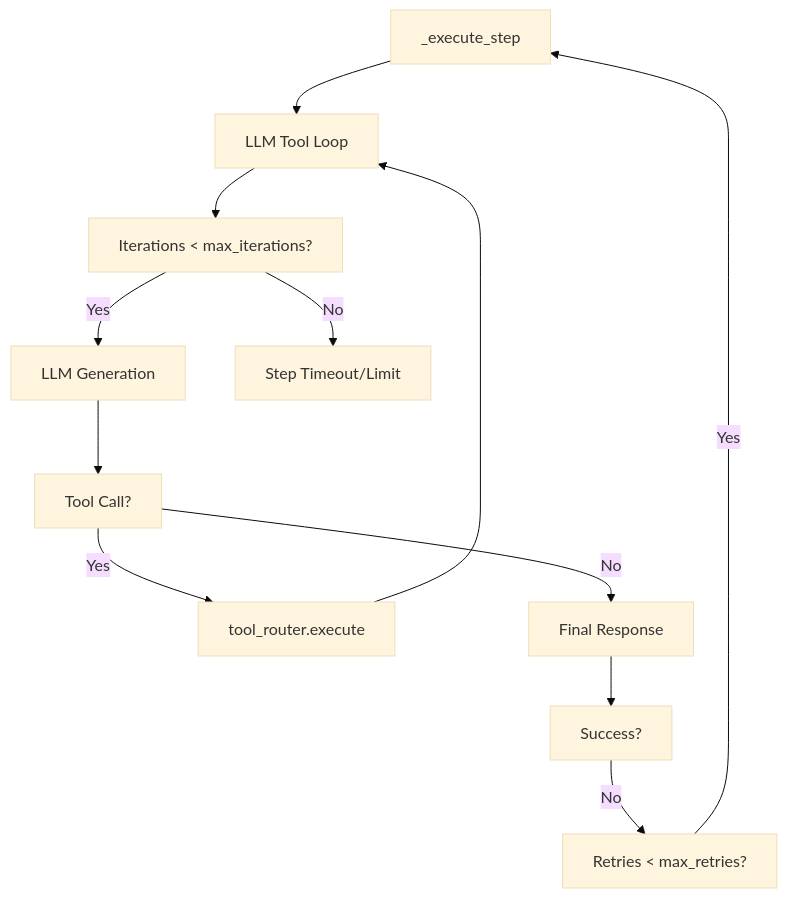
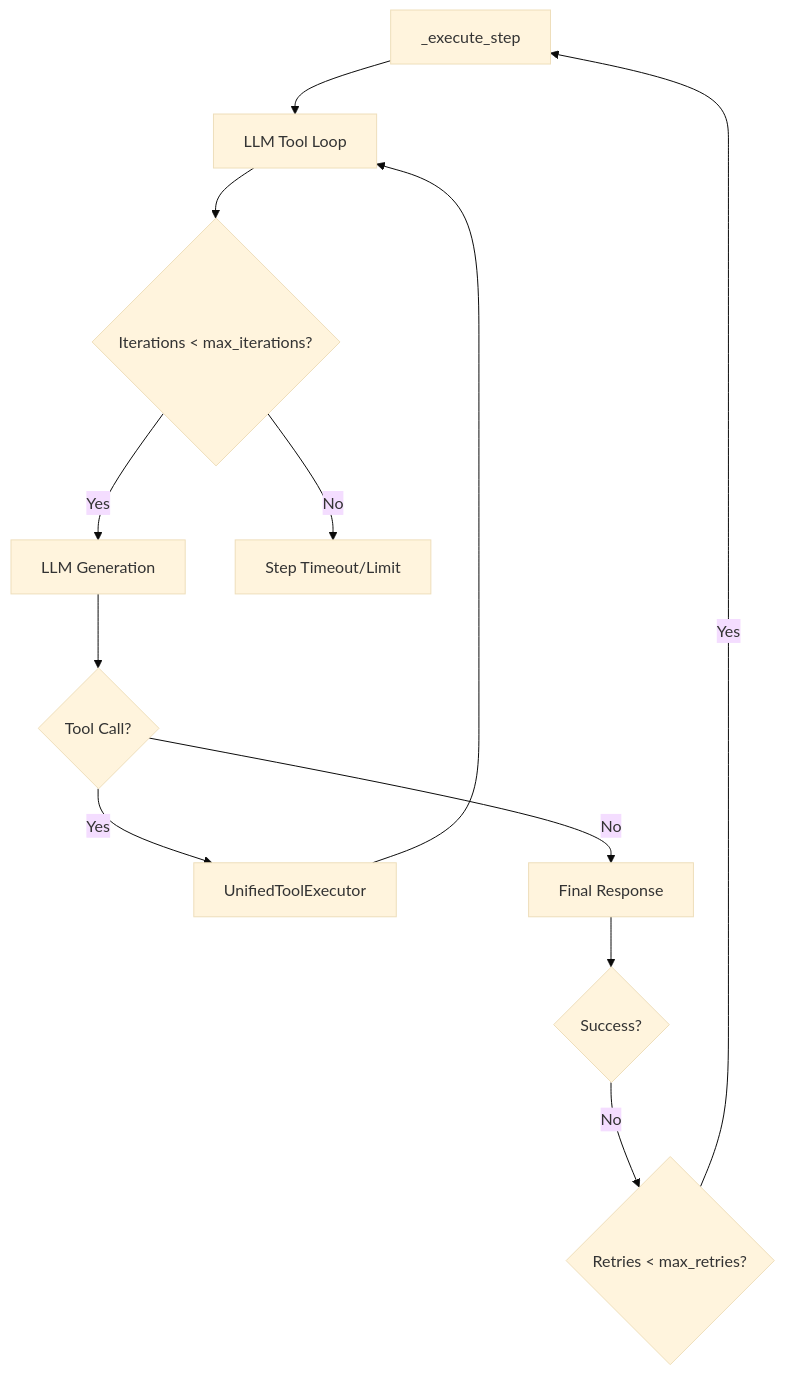
One commit to AutomatosAI/automatos-ai changed the third of 5 diagrams in docs/workflows-recipes/execution-configuration.md. Above: the diagram before and after it, drawn with Mermaid (base theme). The commit also changed other lines of this file and 153 other files, not shown here.

````diff
--- a/docs/workflows-recipes/execution-configuration.md
+++ b/docs/workflows-recipes/execution-configuration.md
@@ -123,16 +105,16 @@
 ```mermaid
 graph TB
     Execute["_execute_step"] --> Loop["LLM Tool Loop"]
-    Loop --> IterCheck["Iterations < max_iterations?"]
+    Loop --> IterCheck{Iterations < max_iterations?}
     IterCheck -->|Yes| Run["LLM Generation"]
     IterCheck -->|No| FailStep["Step Timeout/Limit"]
     
-    Run --> ToolCheck["Tool Call?"]
-    ToolCheck -->|Yes| ToolExec["tool_router.execute"]
+    Run --> ToolCheck{Tool Call?}
+    ToolCheck -->|Yes| ToolExec["UnifiedToolExecutor"]
     ToolExec --> Loop
     ToolCheck -->|No| Final["Final Response"]
     
-    Final --> SuccessCheck["Success?"]
-    SuccessCheck -->|No| RetryCheck["Retries < max_retries?"]
+    Final --> SuccessCheck{Success?}
+    SuccessCheck -->|No| RetryCheck{Retries < max_retries?}
     RetryCheck -->|Yes| Execute
 ```
````
